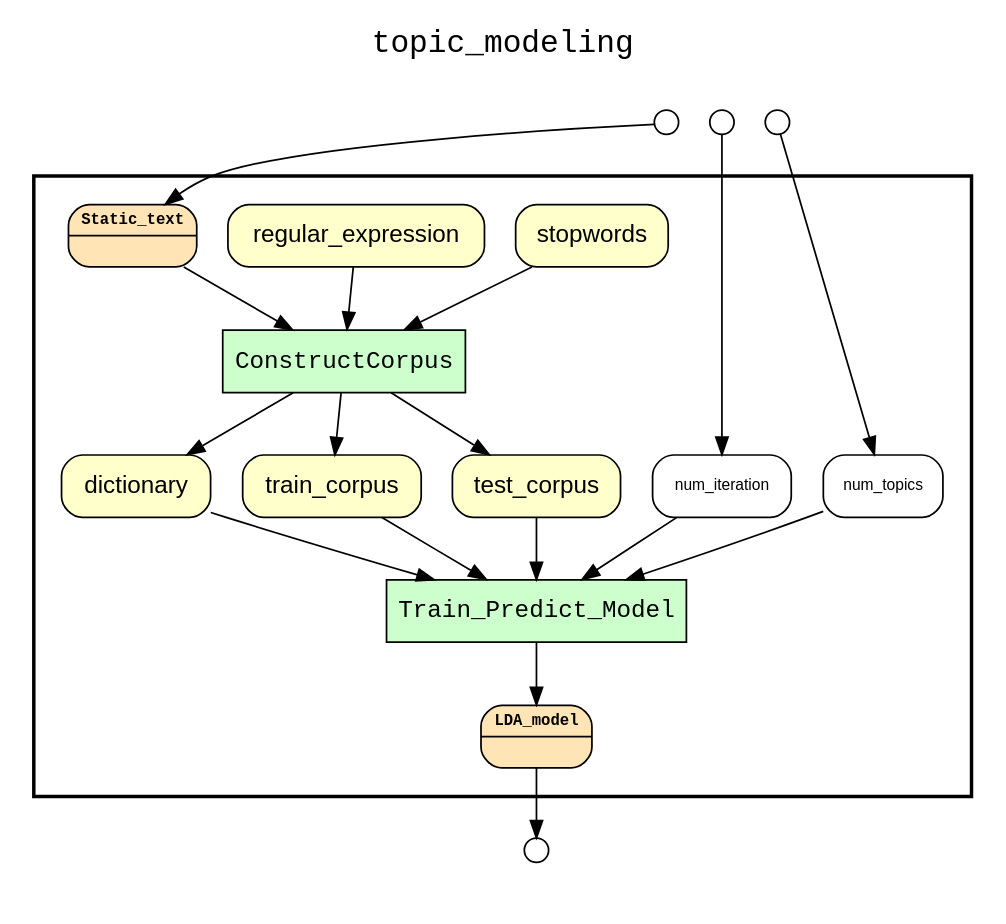
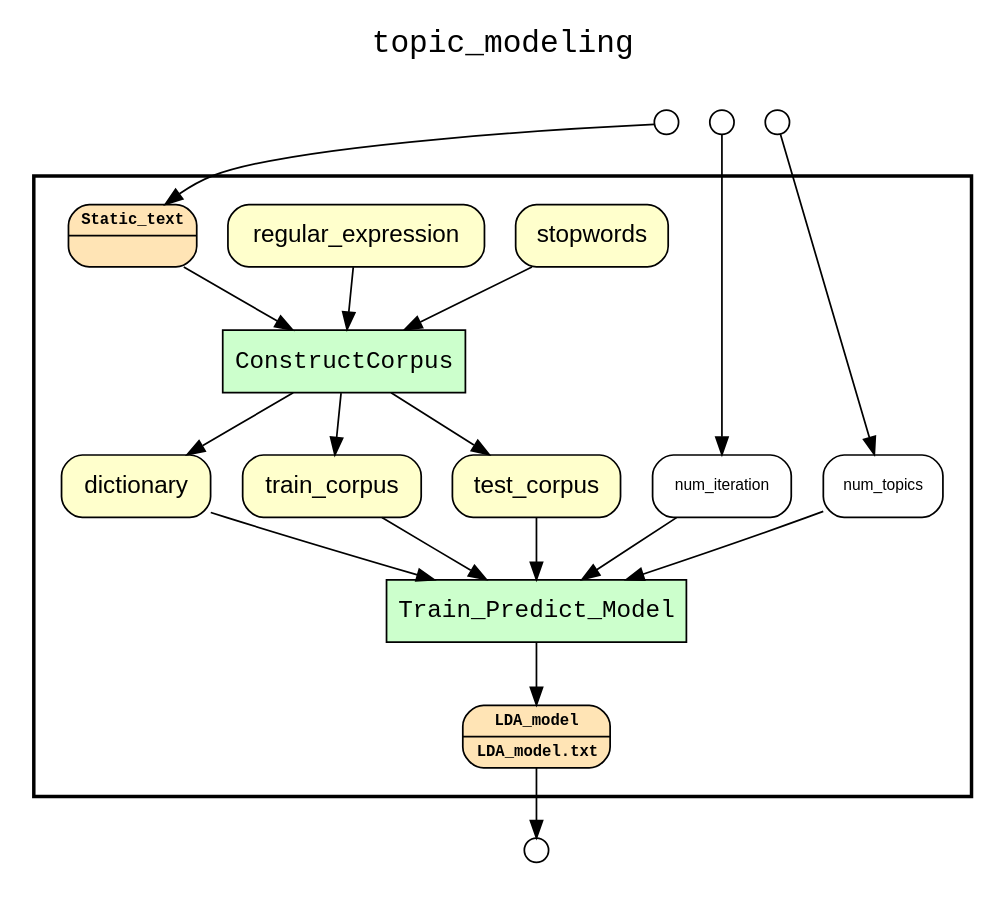
One commit to LanLi2017/yw-text-mining changed the diagram in text_mining/topic_modeling/results/wf_recon_upstream_of_LDA_model.gv. Above: the diagram before and after it, drawn with Graphviz. The commit also changed 30 other files, not shown here.

```diff
--- a/text_mining/topic_modeling/results/wf_recon_upstream_of_LDA_model.gv
+++ b/text_mining/topic_modeling/results/wf_recon_upstream_of_LDA_model.gv
@@ -1,56 +1,56 @@
 
 digraph yw_data_view {
 rankdir=TB
 fontname=Courier; fontsize=18; labelloc=t
 label="topic_modeling"
 subgraph cluster_workflow { label=""; color=black; penwidth=2
 subgraph cluster_workflow_inner { label=""; color=white
 node[shape=box style="filled" fillcolor="#CCFFCC" peripheries=1 fontname=Courier]
 ConstructCorpus
 Train_Predict_Model
 node[shape=box style="filled" fillcolor="#CCFFCC" peripheries=1 fontname=Courier]
 ConstructCorpus
 Train_Predict_Model
 node[shape=box style="rounded,filled" fillcolor="#FFFFCC" peripheries=1 fontname=Helvetica]
 stopwords
 regular_expression
 dictionary
 train_corpus
 test_corpus
 node[shape=box style="rounded,filled" fillcolor="#FFE4B5" peripheries=1 fontname="Courier-Bold" fontsize=9]
 Static_text[shape=record rankdir=LR label="{<f0> Static_text |<f1>}"]
 node[shape=box style="rounded,filled" fillcolor="#FFE4B5" peripheries=1 fontname="Courier-Bold" fontsize=9]
-LDA_model[shape=record rankdir=LR label="{<f0> LDA_model |<f1>}"]
+LDA_model[shape=record rankdir=LR label="{<f0> LDA_model |<f1>LDA_model.txt\l}"]
 node[shape=box style="rounded,filled" fillcolor="#FFFFFF" peripheries=1 fontname=Helvetica]
 num_iteration
 num_topics
 }}
 subgraph cluster_inflows { label=""; color=white; penwidth=2
 subgraph cluster_inflows_inner { label=""; color=white
 node[shape=circle fillcolor="#FFFFFF" peripheries=1 width=0.2]
 Static_text_inflow [label=""]
 num_iteration_inflow [label=""]
 num_topics_inflow [label=""]
 }}
 subgraph cluster_outflows { label=""; color=white; penwidth=2
 subgraph cluster_outflows_inner { label=""; color=white
 node[shape=circle fillcolor="#FFFFFF" peripheries=1 width=0.2]
 LDA_model_outflow [label=""]
 }}
 num_topics -> Train_Predict_Model
 num_iteration -> Train_Predict_Model
 test_corpus -> Train_Predict_Model
 train_corpus -> Train_Predict_Model
 dictionary -> Train_Predict_Model
 regular_expression -> ConstructCorpus
 stopwords -> ConstructCorpus
 Static_text -> ConstructCorpus
 ConstructCorpus -> dictionary
 ConstructCorpus -> train_corpus
 ConstructCorpus -> test_corpus
 Train_Predict_Model -> LDA_model
 Static_text_inflow -> Static_text
 num_iteration_inflow -> num_iteration
 num_topics_inflow -> num_topics
 LDA_model -> LDA_model_outflow
 }
```
